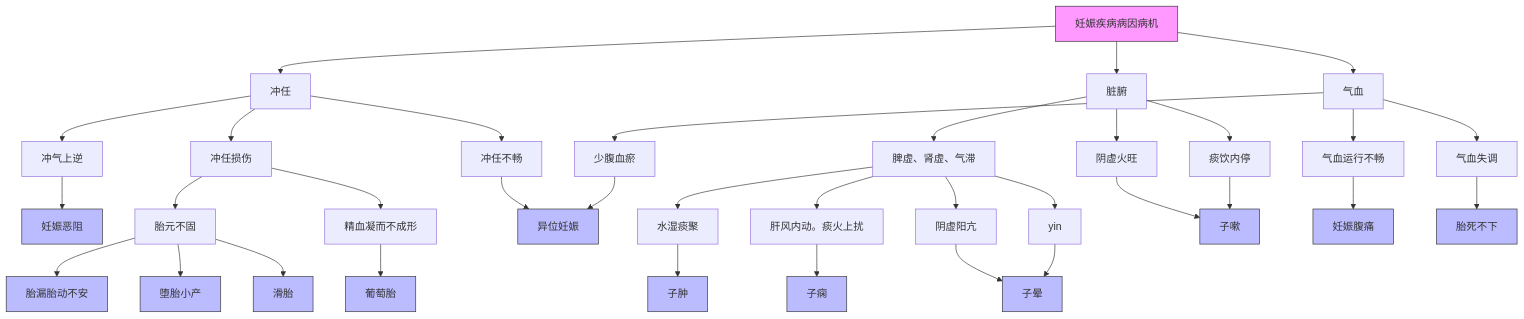
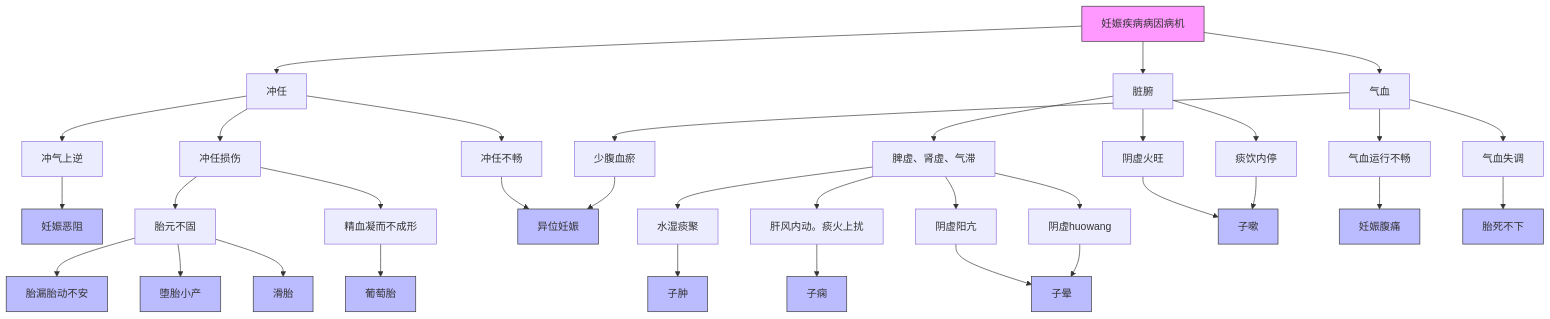
Before and after one commit to lili23755/iodraw-files: the diagram in all/未命名.md, drawn with Mermaid.

Commit message:
2025-04-04 11:05:52 update

````diff
--- a/all/未命名.md
+++ b/all/未命名.md
@@ -1,37 +1,37 @@
 ```mermaid
 flowchart TD
     A[妊娠疾病病因病机] --> B[冲任]
     A --> C[脏腑]
     A --> D[气血]
     
     B --> B1[冲气上逆] --> 妊娠恶阻
     B --> B2[冲任损伤] --> B2a[胎元不固] -->胎漏胎动不安 & 堕胎小产 & 滑胎
     B2[冲任损伤] --> B2b[精血凝而不成形] -->葡萄胎 
     B --> B3[冲任不畅] --> 异位妊娠
     
     C --> C1[脾虚、肾虚、气滞] --> C1a[水湿痰聚] --> 子肿
     C1 --> C1b[肝风内动。痰火上扰] --> 子痫
     C1 --> C1c[阴虚阳亢] --> 子晕
-    C1 --> C1d[yin] --> 子晕
+    C1 --> C1d[阴虚huowang] --> 子晕
     C --> C4[阴虚火旺] --> 子嗽
     C --> C5[痰饮内停] --> 子嗽
     
     D --> D1[气血运行不畅] --> 妊娠腹痛
     D --> D2[气血失调] --> 胎死不下
     D --> D3[少腹血瘀] --> 异位妊娠
 
     style A fill:#f9f,stroke:#333
     style 妊娠恶阻 fill:#bbf,stroke:#333
     style 堕胎小产 fill:#bbf,stroke:#333
     style 滑胎 fill:#bbf,stroke:#333
     style 异位妊娠 fill:#bbf,stroke:#333
     style 子肿 fill:#bbf,stroke:#333
     style 子痫 fill:#bbf,stroke:#333
     style 胎漏胎动不安 fill:#bbf,stroke:#333
     style 胎死不下 fill:#bbf,stroke:#333
     style 妊娠腹痛 fill:#bbf,stroke:#333
     style 葡萄胎 fill:#bbf,stroke:#333
     style 子晕 fill:#bbf,stroke:#333
     style 子嗽 fill:#bbf,stroke:#333
 	  
 ```
````
